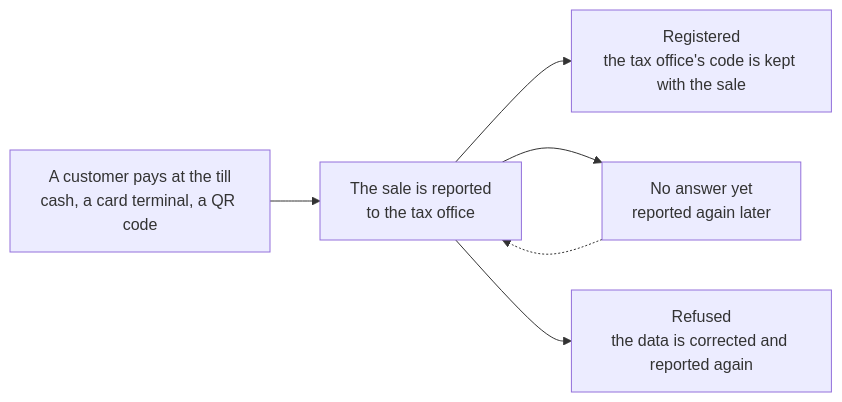
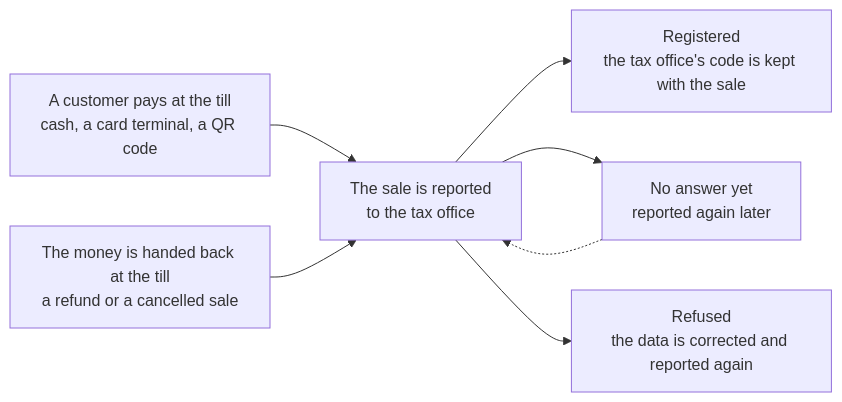
Before and after one commit to landsman/eet-client: the diagram in README.md, drawn with Mermaid.

Commit message:
docs: show on the readme's diagram that a refund at the till is reported too

````diff
--- a/README.md
+++ b/README.md
@@ -8,8 +8,9 @@
 ```mermaid
 flowchart LR
     pay["A customer pays at the till<br/>cash, a card terminal, a QR code"] --> report["The sale is reported<br/>to the tax office"]
+    refund["The money is handed back at the till<br/>a refund or a cancelled sale"] --> report
     report --> ok["Registered<br/>the tax office's code is kept with the sale"]
     report --> wait["No answer yet<br/>reported again later"]
     report --> refused["Refused<br/>the data is corrected and reported again"]
     wait -.-> report
 ```
````
